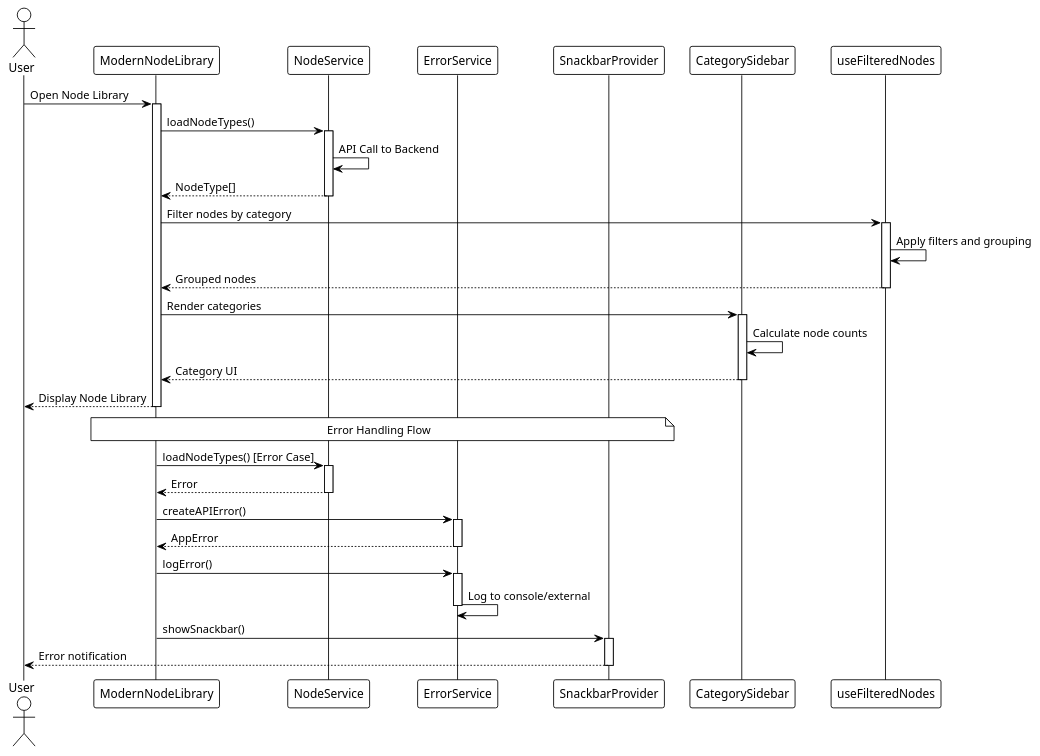
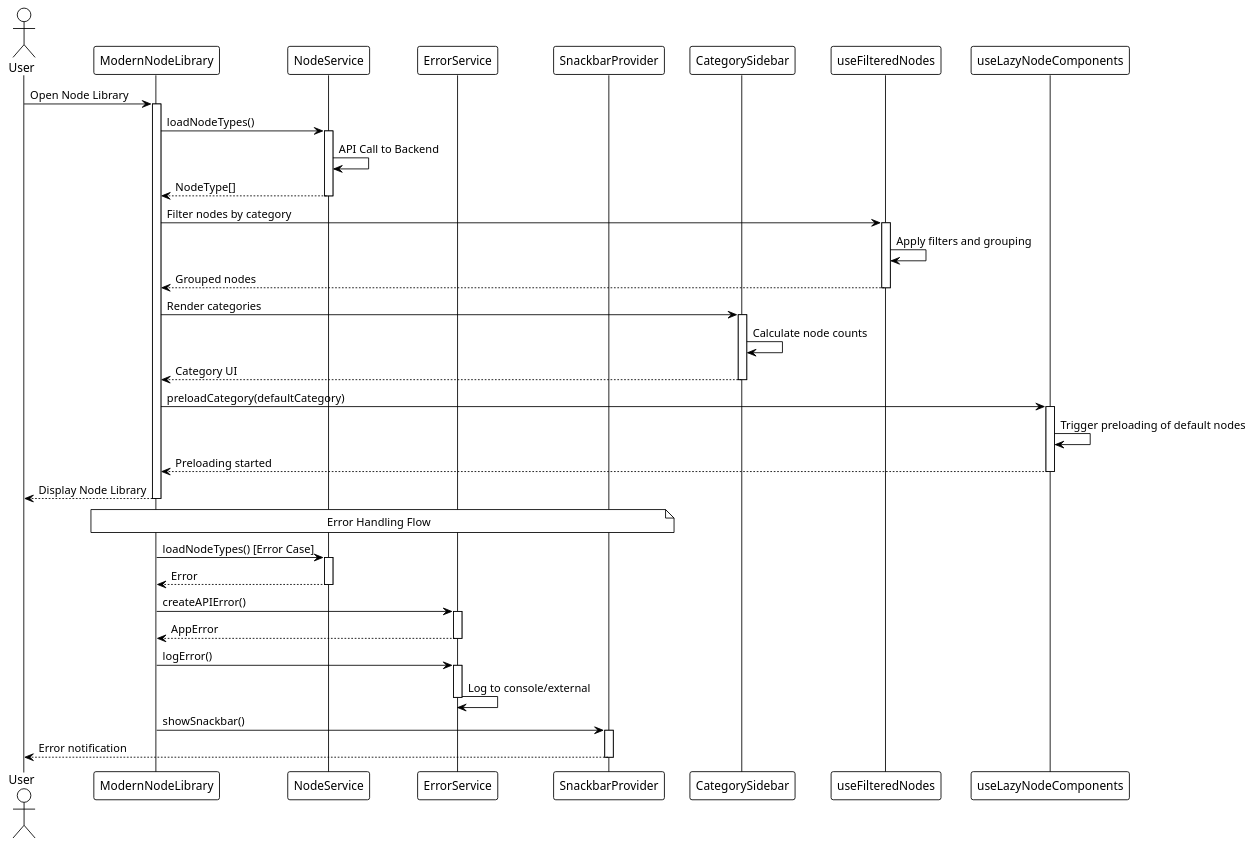
Before and after one commit to amirman-m/flowbuilderInstagram: the second of 4 diagrams in Doc/NodeLibrary-Architecture.md, drawn with PlantUML. The commit also changed other lines of this file and 5465 other files, not shown here.

Commit message:
add lazy loader for node library

````diff
--- a/Doc/NodeLibrary-Architecture.md
+++ b/Doc/NodeLibrary-Architecture.md
@@ -492,59 +503,66 @@
 ```plantuml
 @startuml NodeLibrary_InitializationSequence
 !theme plain
 
 actor User
 participant ModernNodeLibrary as ML
 participant NodeService as NS
 participant ErrorService as ES
 participant SnackbarProvider as SP
 participant CategorySidebar as CS
 participant useFilteredNodes as UF
+participant useLazyNodeComponents as ULC
 
 User -> ML: Open Node Library
 activate ML
 
 ML -> NS: loadNodeTypes()
 activate NS
 NS -> NS: API Call to Backend
 NS --> ML: NodeType[]
 deactivate NS
 
 ML -> UF: Filter nodes by category
 activate UF
 UF -> UF: Apply filters and grouping
 UF --> ML: Grouped nodes
 deactivate UF
 
 ML -> CS: Render categories
 activate CS
 CS -> CS: Calculate node counts
 CS --> ML: Category UI
 deactivate CS
+
+ML -> ULC: preloadCategory(defaultCategory)
+activate ULC
+ULC -> ULC: Trigger preloading of default nodes
+ULC --> ML: Preloading started
+deactivate ULC
 
 ML --> User: Display Node Library
 deactivate ML
 
 note over ML, SP: Error Handling Flow
 ML -> NS: loadNodeTypes() [Error Case]
 activate NS
 NS --> ML: Error
 deactivate NS
 
 ML -> ES: createAPIError()
 activate ES
 ES --> ML: AppError
 deactivate ES
 
 ML -> ES: logError()
 activate ES
 ES -> ES: Log to console/external
 deactivate ES
 
 ML -> SP: showSnackbar()
 activate SP
 SP --> User: Error notification
 deactivate SP
 
 @enduml
 ```
````
